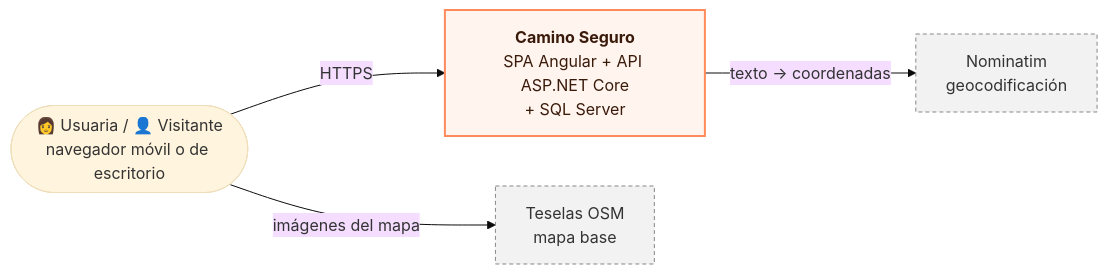
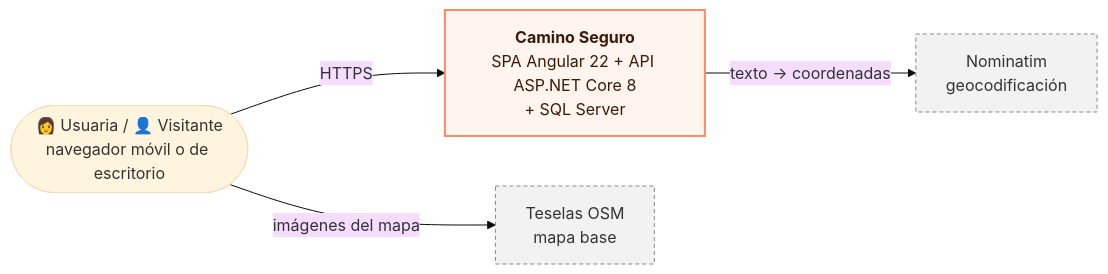
Before and after one commit to sergionieto1604/caminoSeguro: the first of 2 diagrams in docs/01-arquitectura-y-decisiones.md, drawn with Mermaid (base theme). The commit also changed other lines of this file and 26 other files, not shown here.

````diff
--- a/docs/01-arquitectura-y-decisiones.md
+++ b/docs/01-arquitectura-y-decisiones.md
@@ -55,14 +44,14 @@
 ```mermaid
 flowchart LR
     U(["👩 Usuaria / 👤 Visitante<br/>navegador móvil o de escritorio"])
-    S["<b>Camino Seguro</b><br/>SPA Angular + API ASP.NET Core<br/>+ SQL Server"]
+    S["<b>Camino Seguro</b><br/>SPA Angular 22 + API ASP.NET Core 8<br/>+ SQL Server"]
     N["Nominatim<br/>geocodificación"]
     T["Teselas OSM<br/>mapa base"]
     U -- "HTTPS" --> S
     U -- "imágenes del mapa" --> T
     S -- "texto → coordenadas" --> N
     classDef sis fill:#fff4ee,stroke:#ff8a5b,stroke-width:2px,color:#3a1a0a
     classDef ext fill:#f2f2f2,stroke:#888,stroke-dasharray:4 3,color:#333
     class S sis
     class N,T ext
 ```
````
